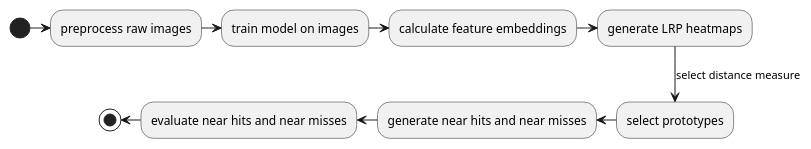
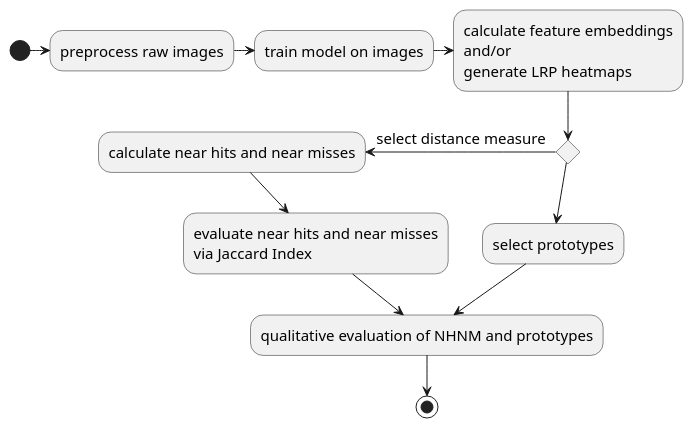
Before and after one commit to BiancaZimmer/masterthesis: the diagram in code_mh_main/documentation/general_pipeline.puml, drawn with PlantUML. The commit also changed 1 other file, not shown here.

Commit message:
uml amandments

```diff
--- a/code_mh_main/documentation/general_pipeline.puml
+++ b/code_mh_main/documentation/general_pipeline.puml
@@ -1,14 +1,20 @@
 @startuml
 'https://plantuml.com/deployment-diagram
 
+skinparam defaultFontSize 15
+
 (*) -right-> preprocess raw images
 -right-> train model on images
--right-> calculate feature embeddings
--right-> generate LRP heatmaps
---> [select distance measure] select prototypes
--left-> generate near hits and near misses
--left-> evaluate near hits and near misses
--left-> (*)
+-right-> calculate feature embeddings\nand/or\ngenerate LRP heatmaps
+if "" then
+    --> select prototypes
+    --> qualitative evaluation of NHNM and prototypes
+else
+-left-> [select distance measure]  calculate near hits and near misses
+--> evaluate near hits and near misses\nvia Jaccard Index
+end if
+--> qualitative evaluation of NHNM and prototypes
+--> (*)
 
 
 @enduml
```
